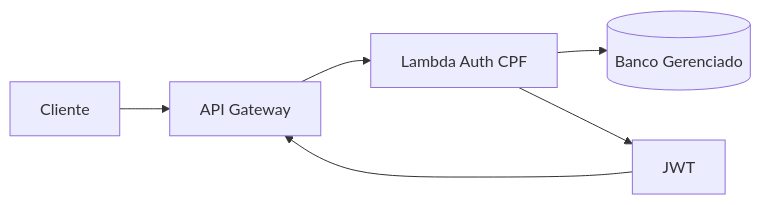
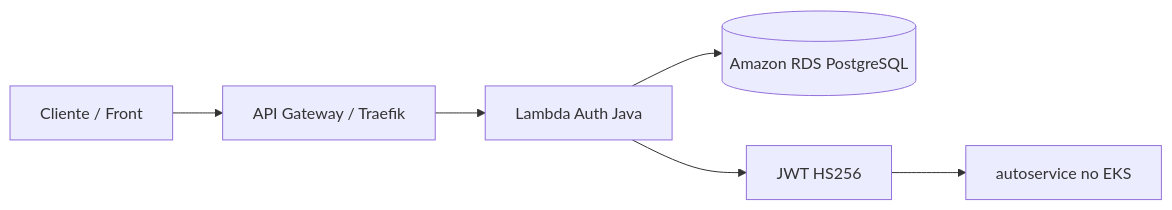
Before and after one commit to Zainequeiros/autoservice-lambda-auth: the diagram in README.md, drawn with Mermaid. The commit also changed other lines of this file and 33 other files, not shown here.

Commit message:
feat(lambda-auth): migrar para Java 21 com CI/CD, segurança JWT e observabilidade

````diff
--- a/README.md
+++ b/README.md
@@ -75,8 +27,8 @@
 ```mermaid
 flowchart LR
-  Client[Cliente] --> APIGW[API Gateway]
-  APIGW --> Lambda[Lambda Auth CPF]
-  Lambda --> DB[(Banco Gerenciado)]
-  Lambda --> JWT[JWT]
-  JWT --> APIGW
+    client[Cliente / Front] --> gateway[API Gateway / Traefik]
+    gateway --> lambda[Lambda Auth Java]
+    lambda --> rds[(Amazon RDS PostgreSQL)]
+    lambda --> jwt[JWT HS256]
+    jwt --> autoservice[autoservice no EKS]
 ```
````
